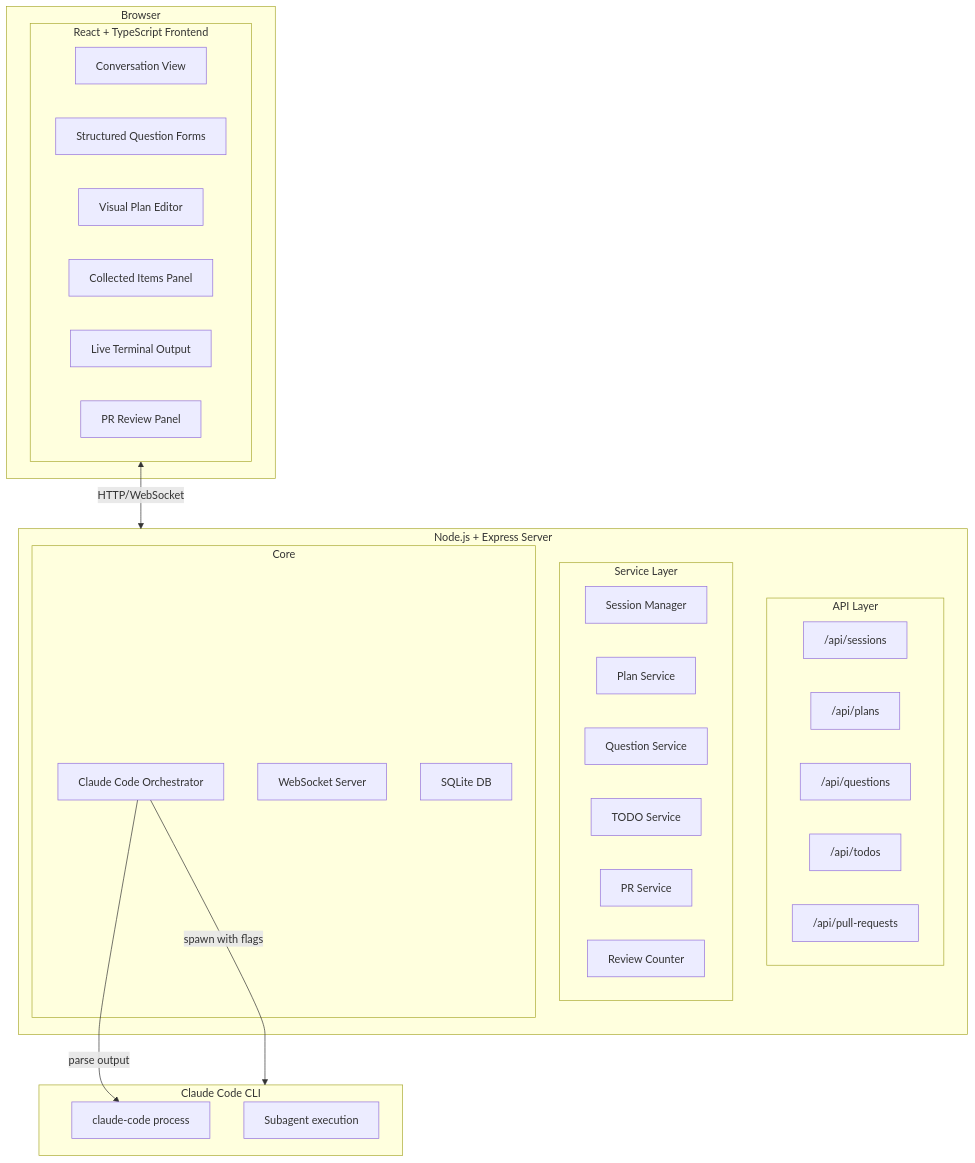
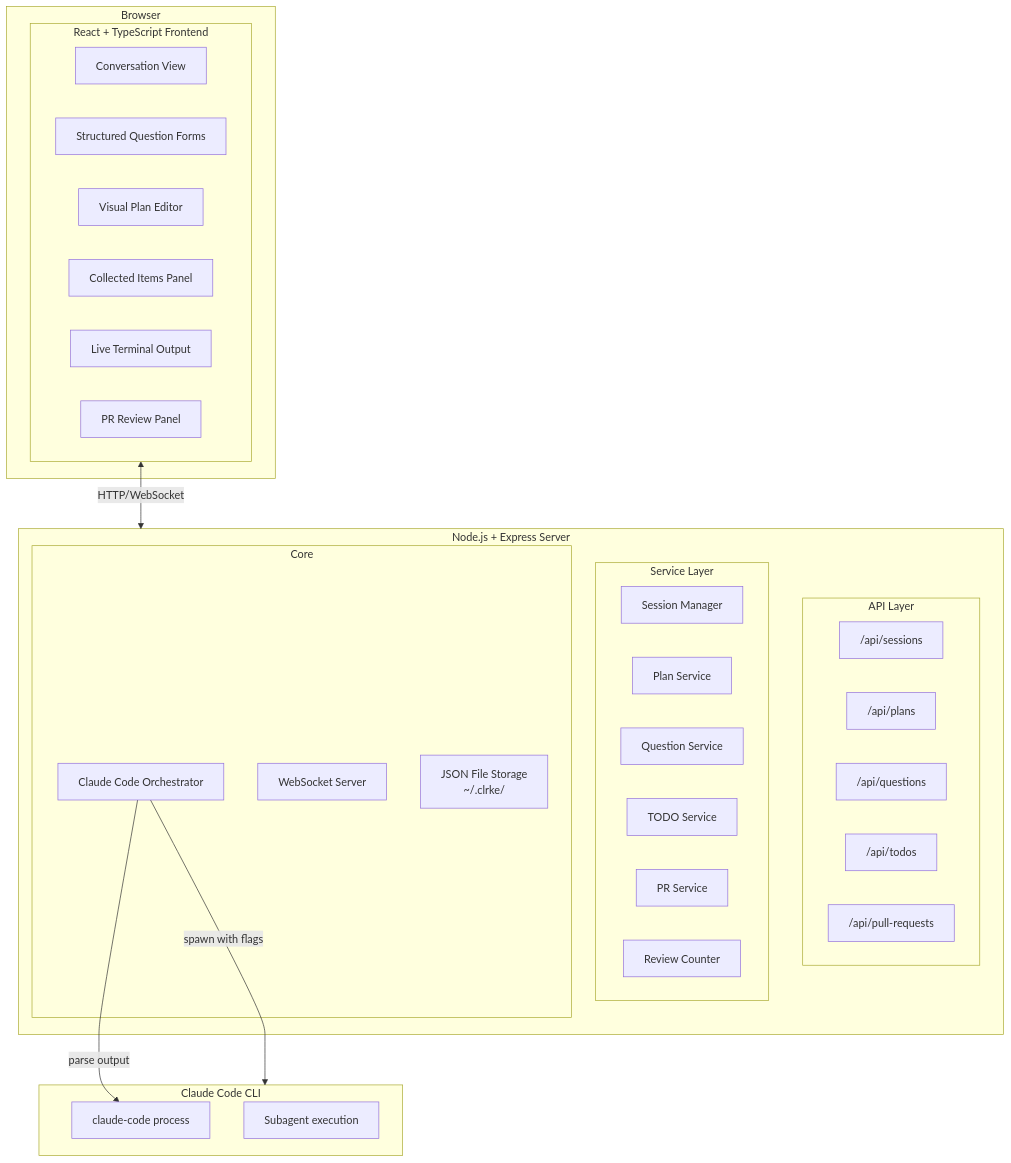
One commit to clrke/ralph-web changed the second of 14 diagrams in README.md. Above: the diagram before and after it, drawn with Mermaid. The commit also changed other lines of this file, not shown here.

First line of the commit message:
Replace SQLite with JSON file storage in ~/.clrke/

````diff
--- a/README.md
+++ b/README.md
@@ -132,45 +132,45 @@
 ```mermaid
 flowchart TB
     subgraph Browser["Browser"]
         subgraph Frontend["React + TypeScript Frontend"]
             Chat["Conversation View"]
             Forms["Structured Question Forms"]
             PlanEditor["Visual Plan Editor"]
             CollectedItems["Collected Items Panel"]
             Terminal["Live Terminal Output"]
             PRView["PR Review Panel"]
         end
     end
 
     subgraph Server["Node.js + Express Server"]
         subgraph API["API Layer"]
             SessionAPI["/api/sessions"]
             PlanAPI["/api/plans"]
             QuestionsAPI["/api/questions"]
             TodoAPI["/api/todos"]
             PRAPI["/api/pull-requests"]
         end
         subgraph Services["Service Layer"]
             SessionMgr["Session Manager"]
             PlanService["Plan Service"]
             QuestionService["Question Service"]
             TodoService["TODO Service"]
             PRService["PR Service"]
             ReviewService["Review Counter"]
         end
         subgraph Core["Core"]
             ClaudeOrchestrator["Claude Code Orchestrator"]
             WSServer["WebSocket Server"]
-            SQLite["SQLite DB"]
+            FileStorage["JSON File Storage<br/>~/.clrke/"]
         end
     end
 
     subgraph ClaudeCode["Claude Code CLI"]
         CC["claude-code process"]
         Subagents["Subagent execution"]
     end
 
     Frontend <-->|HTTP/WebSocket| Server
     ClaudeOrchestrator -->|"spawn with flags"| ClaudeCode
     ClaudeOrchestrator -->|"parse output"| CC
 ```
````
